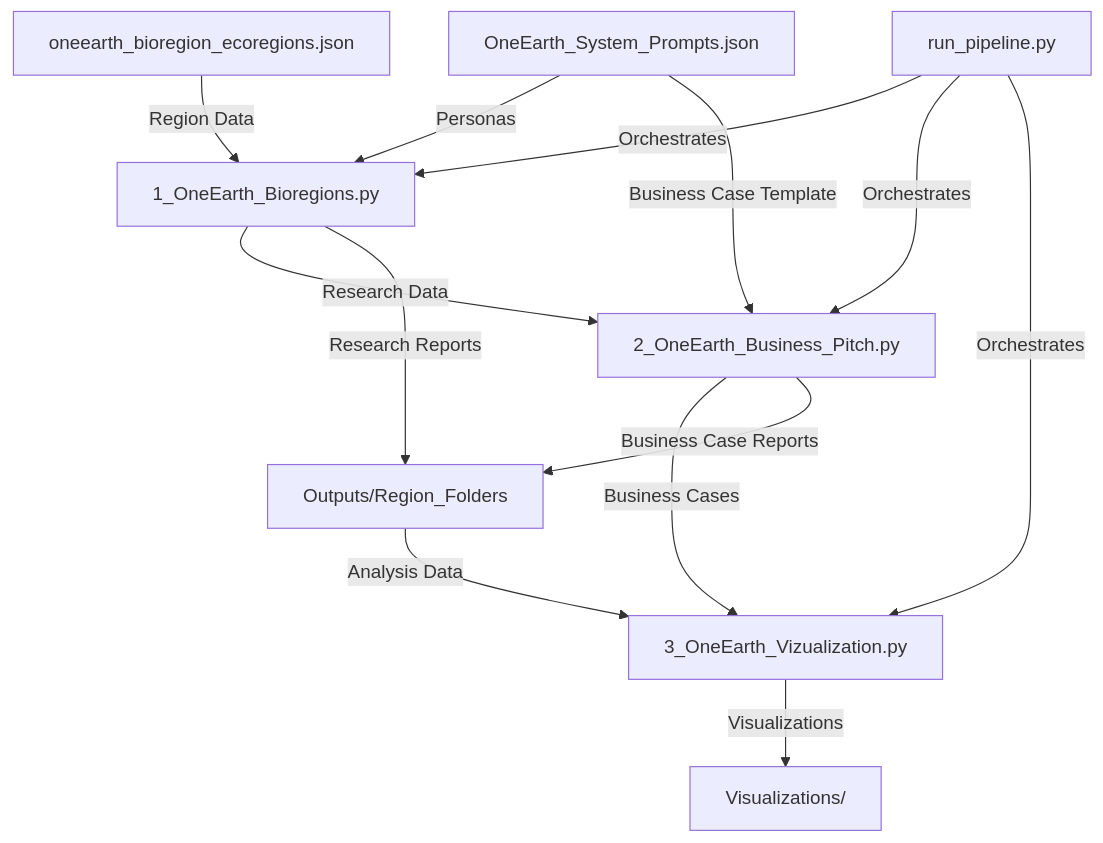
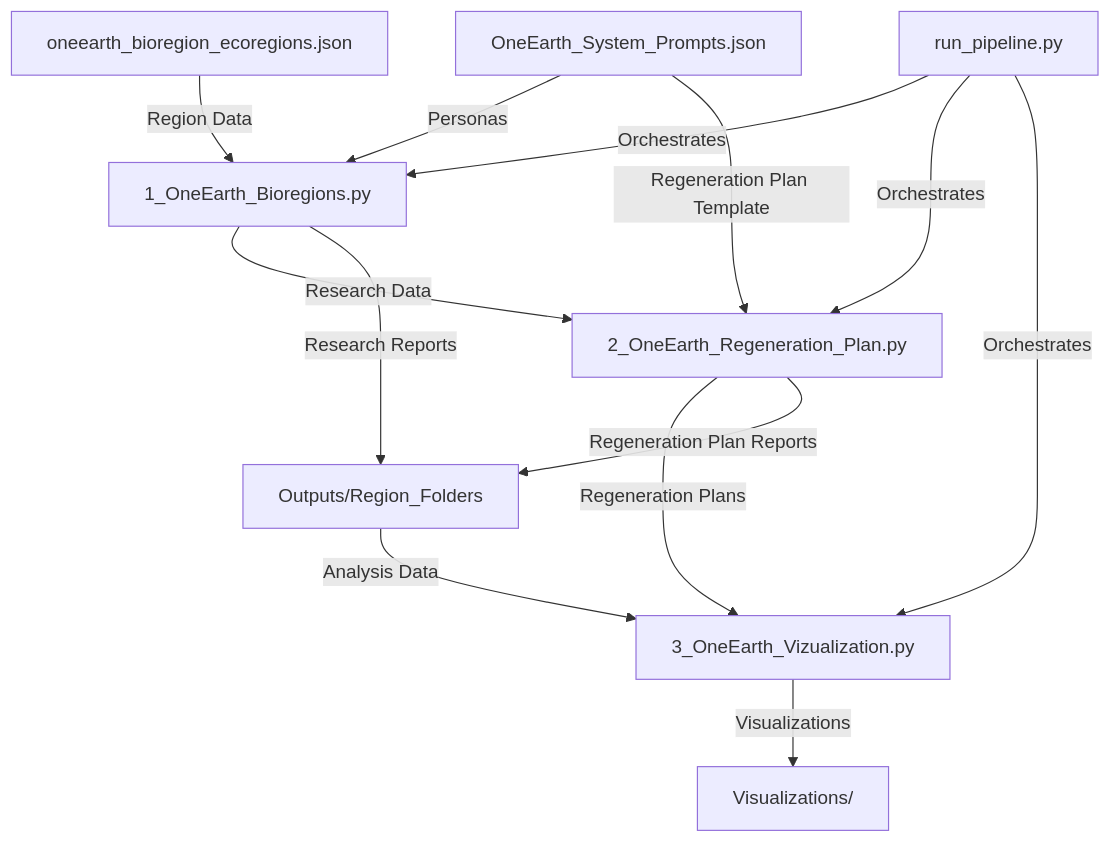
The diagram in One_Earth/OneEarth_README.md (ActiveInferenceInstitute/Biofirm), drawn with Mermaid before and after one commit. The commit also changed other lines of this file and 8 other files, not shown here.

````diff
--- a/One_Earth/OneEarth_README.md
+++ b/One_Earth/OneEarth_README.md
@@ -16,15 +16,15 @@
 ```mermaid
 graph TD
-    A[1_OneEarth_Bioregions.py] -->|Research Data| B[2_OneEarth_Business_Pitch.py]
-    B -->|Business Cases| C[3_OneEarth_Vizualization.py]
+    A[1_OneEarth_Bioregions.py] -->|Research Data| B[2_OneEarth_Regeneration_Plan.py]
+    B -->|Regeneration Plans| C[3_OneEarth_Vizualization.py]
     D[oneearth_bioregion_ecoregions.json] -->|Region Data| A
     E[OneEarth_System_Prompts.json] -->|Personas| A
-    E -->|Business Case Template| B
+    E -->|Regeneration Plan Template| B
     A -->|Research Reports| F[Outputs/Region_Folders]
-    B -->|Business Case Reports| F
+    B -->|Regeneration Plan Reports| F
     F -->|Analysis Data| C
     C -->|Visualizations| G[Visualizations/]
     H[run_pipeline.py] -->|Orchestrates| A
     H -->|Orchestrates| B
     H -->|Orchestrates| C
 ```
````
